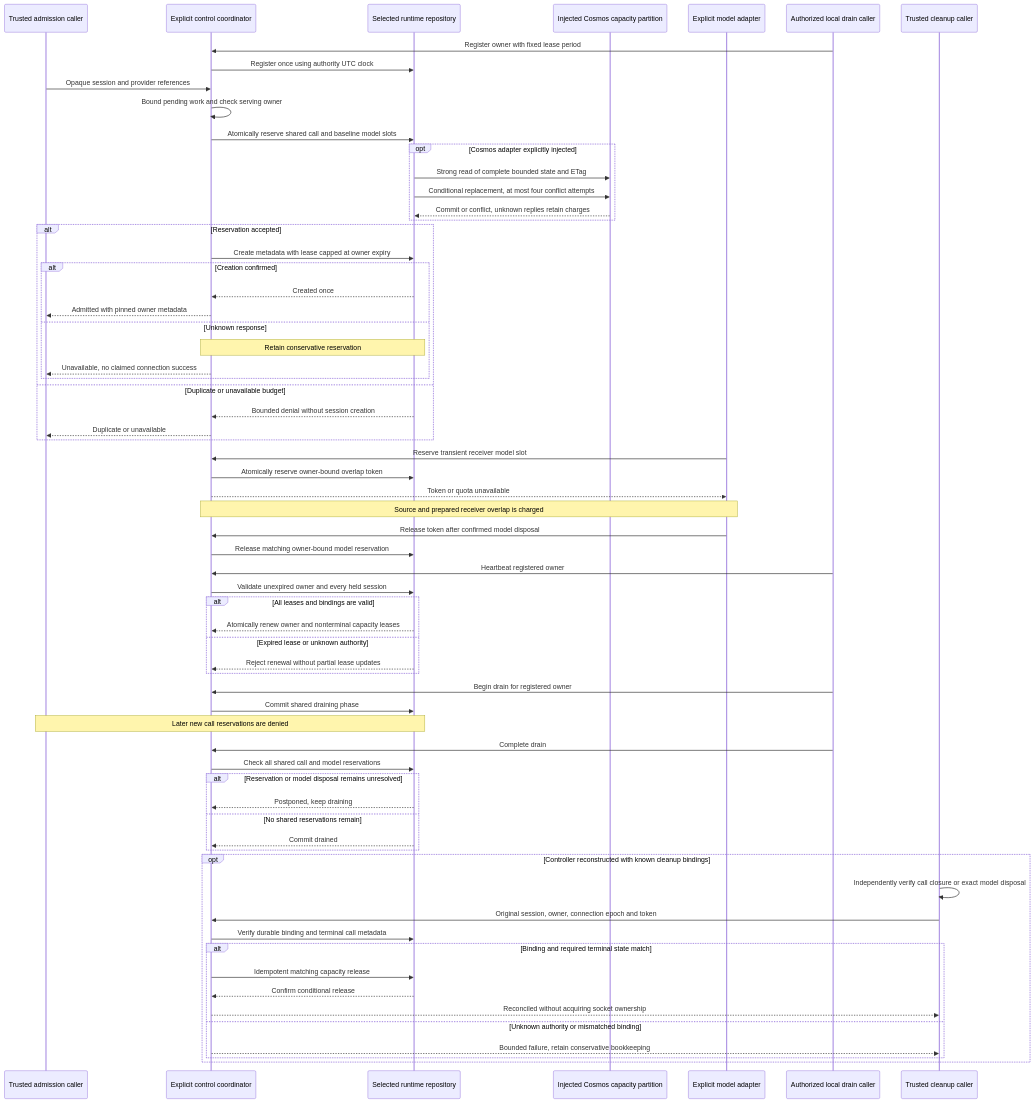
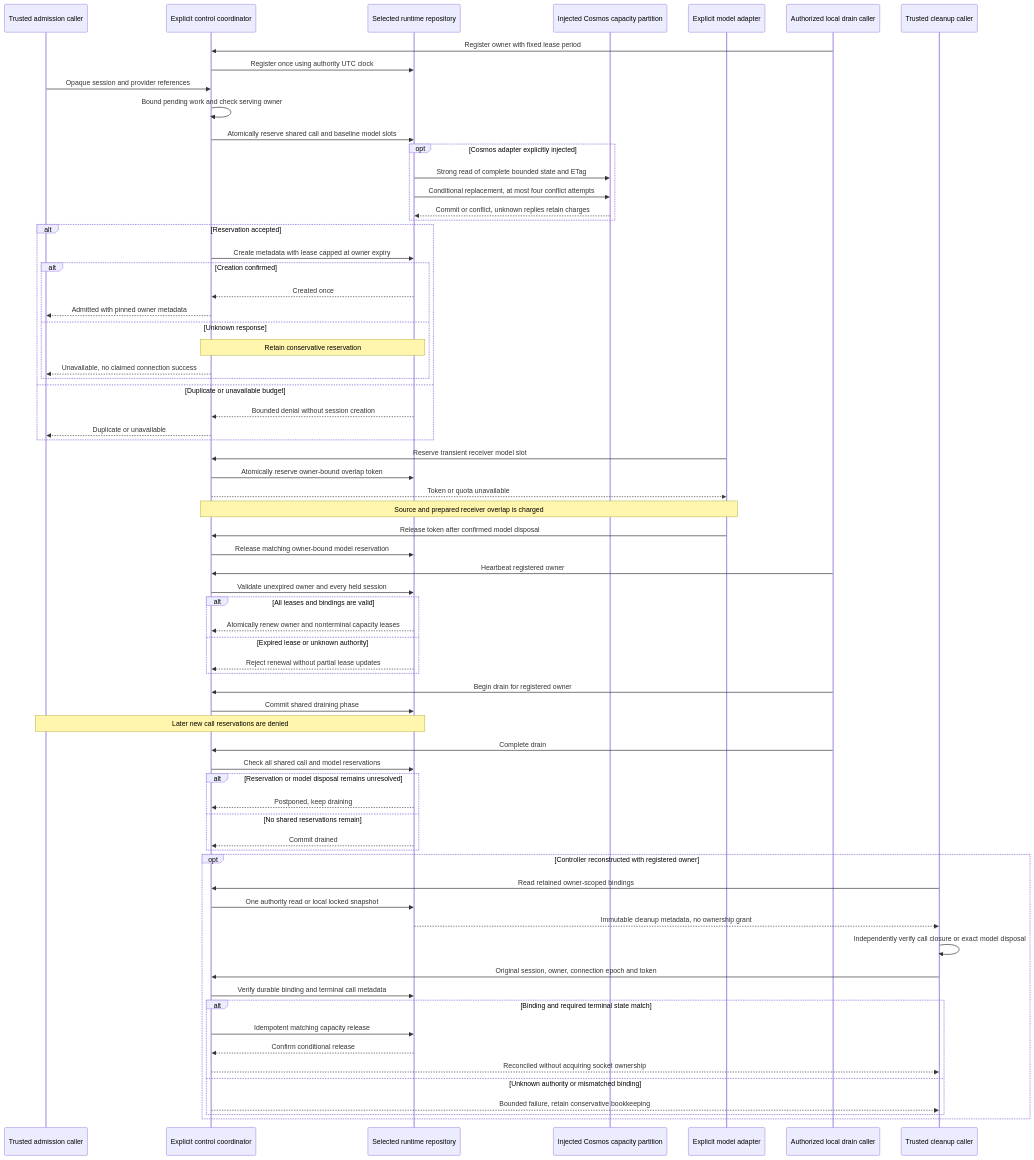
One commit to marvinbuss/caller-ai changed the first of 2 diagrams in code/docs/acceptance/us6.md. Above: the diagram before and after it, drawn with Mermaid. The commit also changed other lines of this file and 9 other files, not shown here.

Commit message:
Expose immutable owner-scoped capacity recovery bindings

````diff
--- a/code/docs/acceptance/us6.md
+++ b/code/docs/acceptance/us6.md
@@ -434,68 +464,71 @@
 ```mermaid
 sequenceDiagram
     participant Admission as Trusted admission caller
     participant Capacity as Explicit control coordinator
     participant Store as Selected runtime repository
     participant Authority as Injected Cosmos capacity partition
     participant Model as Explicit model adapter
     participant Operator as Authorized local drain caller
     participant Recovery as Trusted cleanup caller
     Operator->>Capacity: Register owner with fixed lease period
     Capacity->>Store: Register once using authority UTC clock
     Admission->>Capacity: Opaque session and provider references
     Capacity->>Capacity: Bound pending work and check serving owner
     Capacity->>Store: Atomically reserve shared call and baseline model slots
     opt Cosmos adapter explicitly injected
         Store->>Authority: Strong read of complete bounded state and ETag
         Store->>Authority: Conditional replacement, at most four conflict attempts
         Authority-->>Store: Commit or conflict, unknown replies retain charges
     end
     alt Reservation accepted
         Capacity->>Store: Create metadata with lease capped at owner expiry
         alt Creation confirmed
             Store-->>Capacity: Created once
             Capacity-->>Admission: Admitted with pinned owner metadata
         else Unknown response
             Note over Capacity,Store: Retain conservative reservation
             Capacity-->>Admission: Unavailable, no claimed connection success
         end
     else Duplicate or unavailable budget
         Store-->>Capacity: Bounded denial without session creation
         Capacity-->>Admission: Duplicate or unavailable
     end
     Model->>Capacity: Reserve transient receiver model slot
     Capacity->>Store: Atomically reserve owner-bound overlap token
     Capacity-->>Model: Token or quota unavailable
     Note over Capacity,Model: Source and prepared receiver overlap is charged
     Model->>Capacity: Release token after confirmed model disposal
     Capacity->>Store: Release matching owner-bound model reservation
     Operator->>Capacity: Heartbeat registered owner
     Capacity->>Store: Validate unexpired owner and every held session
     alt All leases and bindings are valid
         Store-->>Capacity: Atomically renew owner and nonterminal capacity leases
     else Expired lease or unknown authority
         Store-->>Capacity: Reject renewal without partial lease updates
     end
     Operator->>Capacity: Begin drain for registered owner
     Capacity->>Store: Commit shared draining phase
     Note over Admission,Store: Later new call reservations are denied
     Operator->>Capacity: Complete drain
     Capacity->>Store: Check all shared call and model reservations
     alt Reservation or model disposal remains unresolved
         Store-->>Capacity: Postponed, keep draining
     else No shared reservations remain
         Store-->>Capacity: Commit drained
     end
-    opt Controller reconstructed with known cleanup bindings
+    opt Controller reconstructed with registered owner
+        Recovery->>Capacity: Read retained owner-scoped bindings
+        Capacity->>Store: One authority read or local locked snapshot
+        Store-->>Recovery: Immutable cleanup metadata, no ownership grant
         Recovery->>Recovery: Independently verify call closure or exact model disposal
         Recovery->>Capacity: Original session, owner, connection epoch and token
         Capacity->>Store: Verify durable binding and terminal call metadata
         alt Binding and required terminal state match
             Capacity->>Store: Idempotent matching capacity release
             Store-->>Capacity: Confirm conditional release
             Capacity-->>Recovery: Reconciled without acquiring socket ownership
         else Unknown authority or mismatched binding
             Capacity-->>Recovery: Bounded failure, retain conservative bookkeeping
         end
     end
 ```
````
